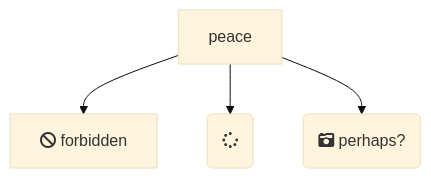
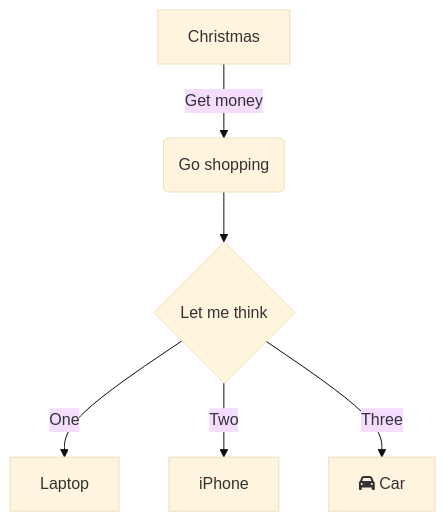
One commit to dustyroom-studio/quibli-doc changed the diagram in _docs/01-getting-started.md. Above: the diagram before and after it, drawn with Mermaid (base theme). The commit also changed other lines of this file, not shown here.

```diff
--- a/_docs/01-getting-started.md
+++ b/_docs/01-getting-started.md
@@ -10,7 +11,8 @@
 <div class="mermaid">
-    graph TD
-      B[peace]
-      B-->C[fa:fa-ban forbidden]
-      B-->D(fa:fa-spinner);
-      B-->E(fa:fa-camera-retro perhaps?);
+graph TD
+A[Christmas] -->|Get money| B(Go shopping)
+B --> C{Let me think}
+C -->|One| D[Laptop]
+C -->|Two| E[iPhone]
+C -->|Three| F[fa:fa-car Car]
 </div>
```
